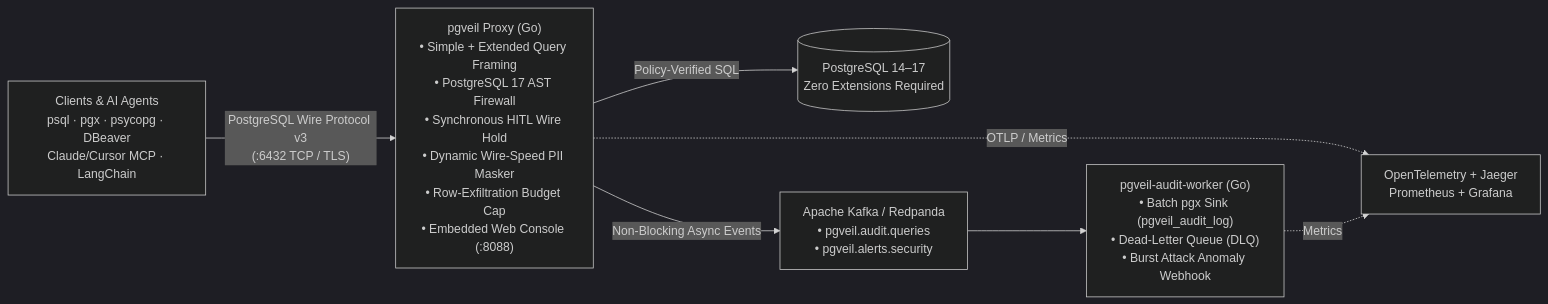
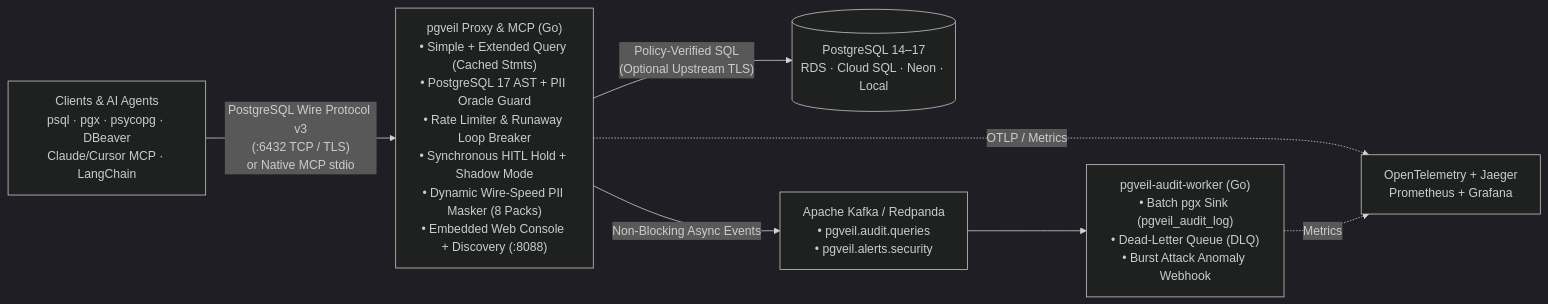
One commit to duhanguler/pgveil changed the diagram in README.md. Above: the diagram before and after it, drawn with Mermaid (dark theme). The commit also changed other lines of this file and 27 other files, not shown here.

Commit message:
feat(v0.2.0): AST PII side-channel guard, live schema PII discovery, native MCP server, loop breaker, shadow mode & binary pgx Extended Protocol

````diff
--- a/README.md
+++ b/README.md
@@ -101,12 +139,12 @@
 ```mermaid
 flowchart LR
-    Clients["Clients & AI Agents<br/>psql · pgx · psycopg · DBeaver<br/>Claude/Cursor MCP · LangChain"] -->|"PostgreSQL Wire Protocol v3<br/>(:6432 TCP / TLS)"| Proxy["pgveil Proxy (Go)<br/>• Simple + Extended Query Framing<br/>• PostgreSQL 17 AST Firewall<br/>• Synchronous HITL Wire Hold<br/>• Dynamic Wire-Speed PII Masker<br/>• Row-Exfiltration Budget Cap<br/>• Embedded Web Console (:8088)"]
+    Clients["Clients & AI Agents<br/>psql · pgx · psycopg · DBeaver<br/>Claude/Cursor MCP · LangChain"] -->|"PostgreSQL Wire Protocol v3<br/>(:6432 TCP / TLS)<br/>or Native MCP stdio"| Proxy["pgveil Proxy & MCP (Go)<br/>• Simple + Extended Query (Cached Stmts)<br/>• PostgreSQL 17 AST + PII Oracle Guard<br/>• Rate Limiter & Runaway Loop Breaker<br/>• Synchronous HITL Hold + Shadow Mode<br/>• Dynamic Wire-Speed PII Masker (8 Packs)<br/>• Embedded Web Console + Discovery (:8088)"]
 
-    Proxy -->|"Policy-Verified SQL"| PG[("PostgreSQL 14–17<br/>Zero Extensions Required")]
+    Proxy -->|"Policy-Verified SQL<br/>(Optional Upstream TLS)"| PG[("PostgreSQL 14–17<br/>RDS · Cloud SQL · Neon · Local")]
 
     Proxy -->|"Non-Blocking Async Events"| Kafka["Apache Kafka / Redpanda<br/>• pgveil.audit.queries<br/>• pgveil.alerts.security"]
     Kafka --> Worker["pgveil-audit-worker (Go)<br/>• Batch pgx Sink (pgveil_audit_log)<br/>• Dead-Letter Queue (DLQ)<br/>• Burst Attack Anomaly Webhook"]
 
     Proxy -.->|"OTLP / Metrics"| Obs["OpenTelemetry + Jaeger<br/>Prometheus + Grafana"]
     Worker -.->|"Metrics"| Obs
 ```
````
